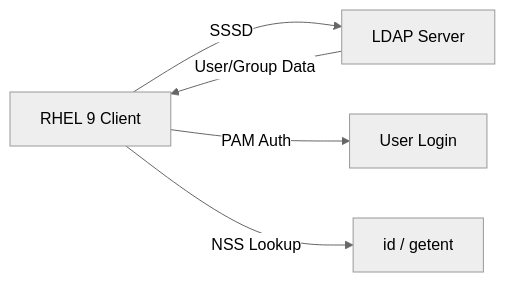
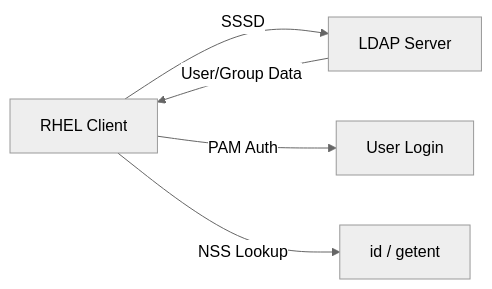
Before and after one commit to OneUptime/blog: the diagram in posts/2026-03-04-configure-sssd-ldap-authentication-rhel-9/README.md, drawn with Mermaid (neutral theme). The commit also changed other lines of this file and 4866 other files, not shown here.

````diff
--- a/posts/2026-03-04-configure-sssd-ldap-authentication-rhel-9/README.md
+++ b/posts/2026-03-04-configure-sssd-ldap-authentication-rhel-9/README.md
@@ -15,7 +15,7 @@
 ```mermaid
 flowchart LR
-    A[RHEL 9 Client] -->|SSSD| B[LDAP Server]
+    A[RHEL Client] -->|SSSD| B[LDAP Server]
     B -->|User/Group Data| A
     A -->|PAM Auth| C[User Login]
     A -->|NSS Lookup| D[id / getent]
 ```
````
